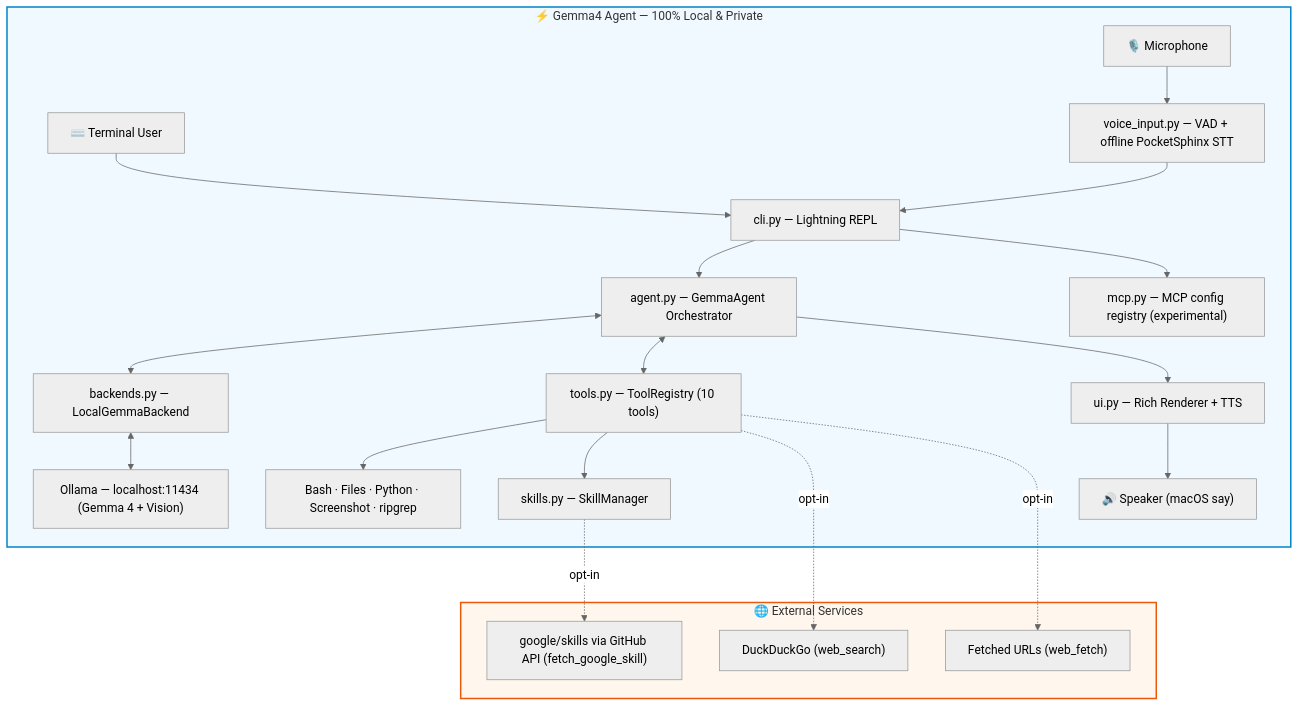
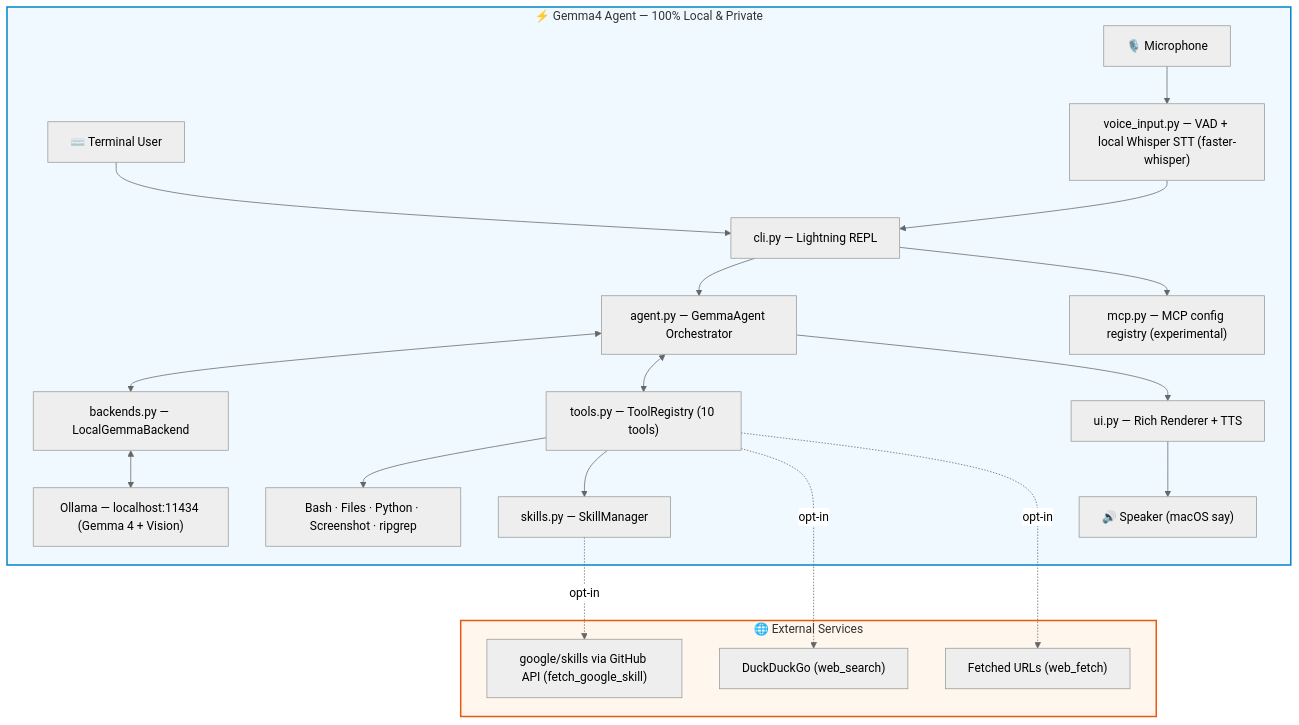
One commit to arjunprabhulal/gemma4-agent changed the diagram in README.md. Above: the diagram before and after it, drawn with Mermaid. The commit also changed other lines of this file and 5 other files, not shown here.

First line of the commit message:
feat(voice): replace PocketSphinx with faster-whisper transcription

````diff
--- a/README.md
+++ b/README.md
@@ -170,28 +178,28 @@
 ```mermaid
 %%{init: {'theme': 'neutral'}}%%
 graph TD
     subgraph LOCAL["⚡ Gemma4 Agent — 100% Local & Private"]
         User["⌨️ Terminal User"] --> CLI["cli.py — Lightning REPL"]
-        Mic["🎙️ Microphone"] --> Voice["voice_input.py — VAD + offline PocketSphinx STT"]
+        Mic["🎙️ Microphone"] --> Voice["voice_input.py — VAD + local Whisper STT (faster-whisper)"]
         Voice --> CLI
         CLI --> Agent["agent.py — GemmaAgent Orchestrator"]
         Agent <--> Backend["backends.py — LocalGemmaBackend"]
         Backend <--> Ollama["Ollama — localhost:11434 (Gemma 4 + Vision)"]
         Agent <--> Registry["tools.py — ToolRegistry (10 tools)"]
         Registry --> SystemTools["Bash · Files · Python · Screenshot · ripgrep"]
         Registry --> Skills["skills.py — SkillManager"]
         CLI --> MCP["mcp.py — MCP config registry (experimental)"]
         Agent --> UI["ui.py — Rich Renderer + TTS"]
         UI --> Speaker["🔊 Speaker (macOS say)"]
     end
     subgraph NET["🌐 External Services"]
         DDG["DuckDuckGo (web_search)"]
         Web["Fetched URLs (web_fetch)"]
         GitHub["google/skills via GitHub API (fetch_google_skill)"]
     end
     Registry -. "opt-in" .-> DDG
     Registry -. "opt-in" .-> Web
     Skills -. "opt-in" .-> GitHub
     style LOCAL fill:#f0f9ff,stroke:#0284c7,stroke-width:2px
     style NET fill:#fff7ed,stroke:#ea580c,stroke-width:2px
 ```
````
